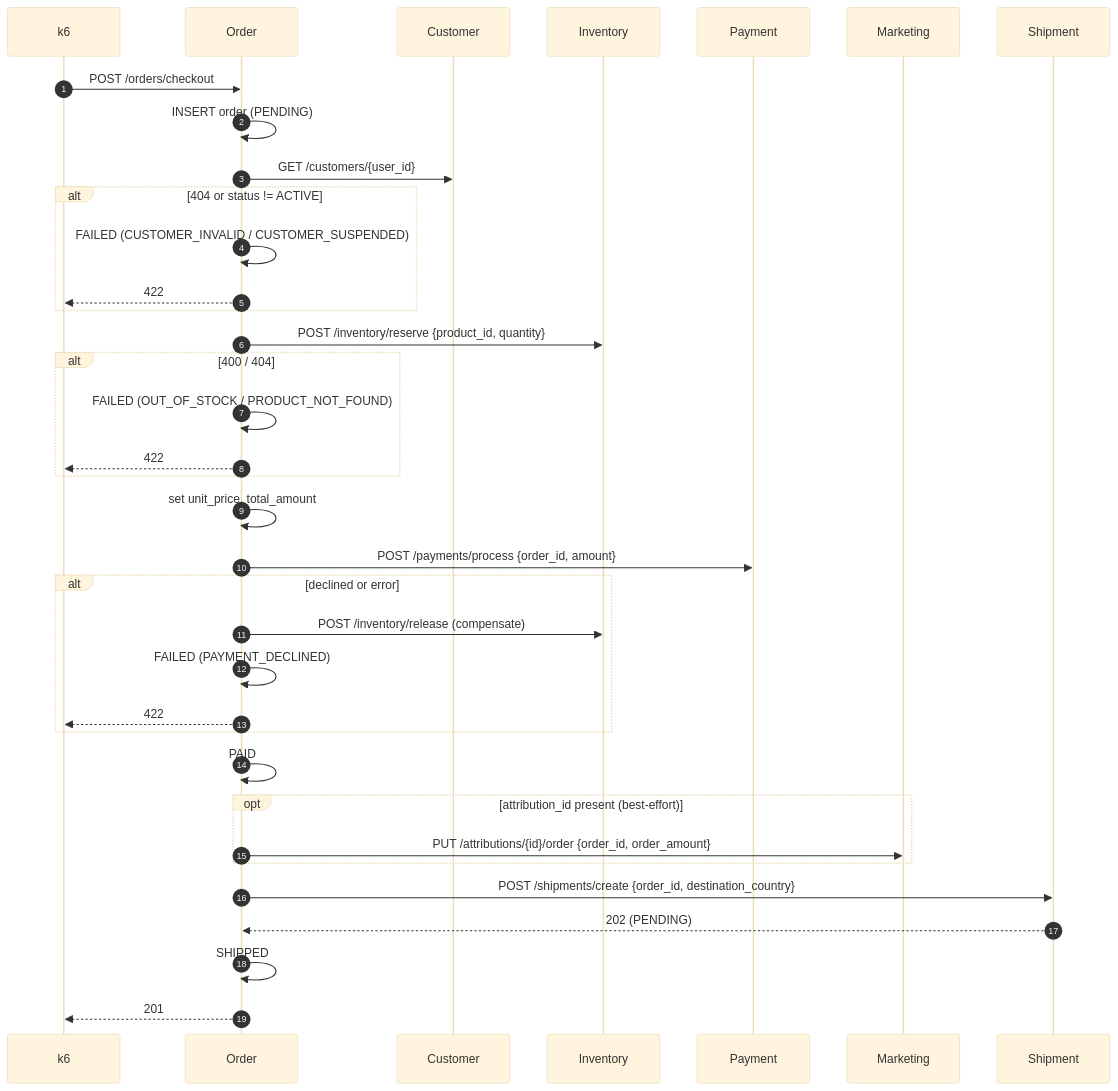
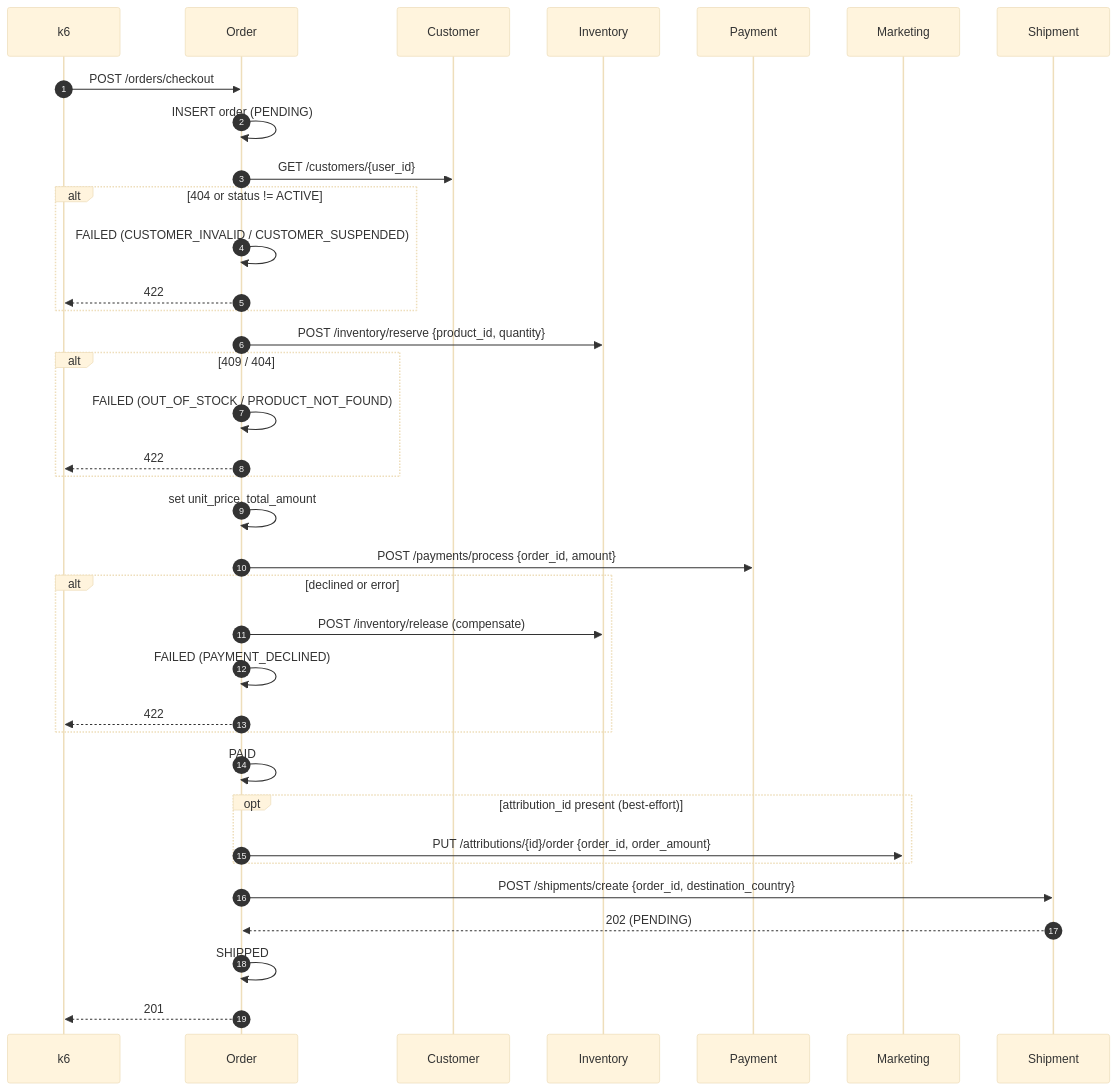
One commit to poph2/datastack changed the second of 2 diagrams in docs/microservices/order-service.md. Above: the diagram before and after it, drawn with Mermaid (base theme). The commit also changed other lines of this file and 21 other files, not shown here.

````diff
--- a/docs/microservices/order-service.md
+++ b/docs/microservices/order-service.md
@@ -103,39 +103,39 @@
 ```mermaid
 sequenceDiagram
   autonumber
   participant k6
   participant O as Order
   participant C as Customer
   participant I as Inventory
   participant P as Payment
   participant M as Marketing
   participant S as Shipment
 
   k6->>O: POST /orders/checkout
   O->>O: INSERT order (PENDING)
   O->>C: GET /customers/{user_id}
   alt 404 or status != ACTIVE
     O->>O: FAILED (CUSTOMER_INVALID / CUSTOMER_SUSPENDED)
     O-->>k6: 422
   end
   O->>I: POST /inventory/reserve {product_id, quantity}
-  alt 400 / 404
+  alt 409 / 404
     O->>O: FAILED (OUT_OF_STOCK / PRODUCT_NOT_FOUND)
     O-->>k6: 422
   end
   O->>O: set unit_price, total_amount
   O->>P: POST /payments/process {order_id, amount}
   alt declined or error
     O->>I: POST /inventory/release (compensate)
     O->>O: FAILED (PAYMENT_DECLINED)
     O-->>k6: 422
   end
   O->>O: PAID
   opt attribution_id present (best-effort)
     O->>M: PUT /attributions/{id}/order {order_id, order_amount}
   end
   O->>S: POST /shipments/create {order_id, destination_country}
   S-->>O: 202 (PENDING)
   O->>O: SHIPPED
   O-->>k6: 201
 ```
````
